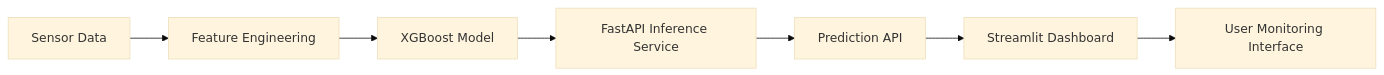
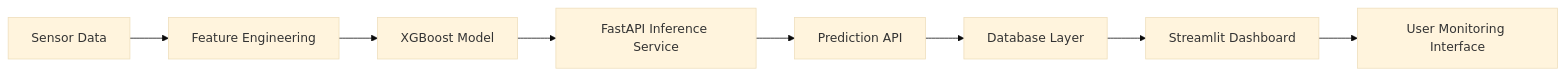
Before and after one commit to oussama12358/predictive-maintenance: the diagram in README.md, drawn with Mermaid (base theme). The commit also changed other lines of this file and 20 other files, not shown here.

````diff
--- a/README.md
+++ b/README.md
@@ -12,9 +12,10 @@
 ```mermaid
 flowchart LR
     A[Sensor Data] --> B[Feature Engineering]
     B --> C[XGBoost Model]
     C --> D[FastAPI Inference Service]
     D --> E[Prediction API]
-    E --> F[Streamlit Dashboard]
-    F --> G[User Monitoring Interface]
+    E --> F[Database Layer]
+    F --> G[Streamlit Dashboard]
+    G --> H[User Monitoring Interface]
 ```
````
